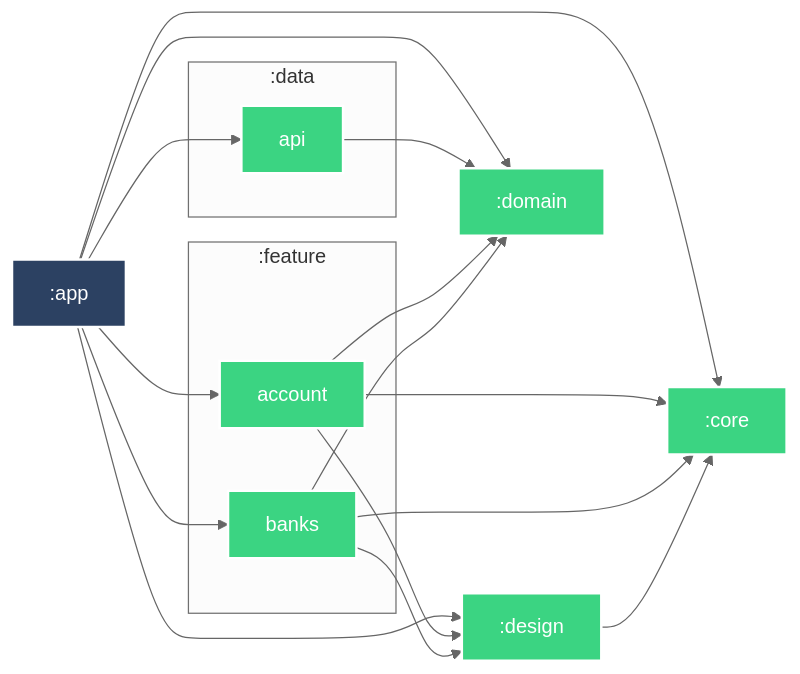
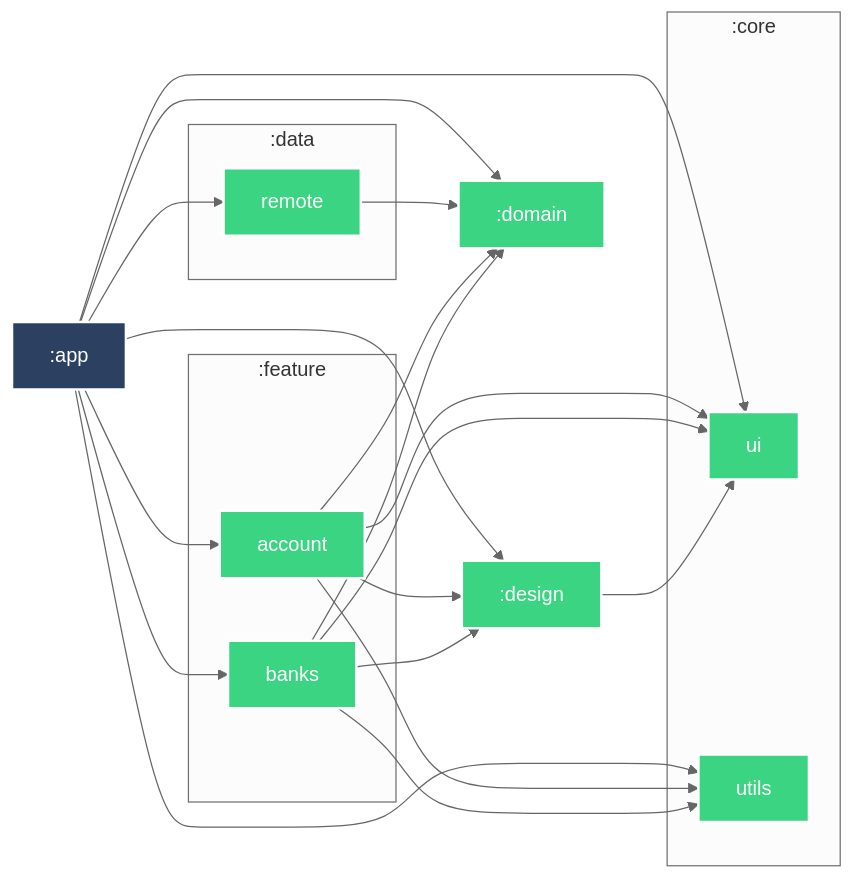
One commit to r4dixx/CATSikel changed the diagram in docs/README.md. Above: the diagram before and after it, drawn with Mermaid. The commit also changed 70 other files, not shown here.

````diff
--- a/docs/README.md
+++ b/docs/README.md
@@ -3,41 +3,49 @@
 ```mermaid
 %%{
   init: {
     'theme': 'neutral'
   }
 }%%
 
 graph LR
+  subgraph :core
+    :core:ui["ui"]
+    :core:utils["utils"]
+  end
   subgraph :data
-    :data:api["api"]
+    :data:remote["remote"]
   end
   subgraph :feature
     :feature:banks["banks"]
     :feature:account["account"]
   end
-  :design --> :core
-  :feature:banks --> :core
+  :design --> :core:ui
+  :feature:banks --> :core:ui
+  :feature:banks --> :core:utils
   :feature:banks --> :design
   :feature:banks --> :domain
-  :feature:account --> :core
+  :feature:account --> :core:ui
+  :feature:account --> :core:utils
   :feature:account --> :design
   :feature:account --> :domain
-  :data:api --> :domain
-  :app --> :core
-  :app --> :data:api
+  :data:remote --> :domain
+  :app --> :core:ui
+  :app --> :core:utils
+  :app --> :data:remote
   :app --> :design
   :app --> :domain
   :app --> :feature:account
   :app --> :feature:banks
 
 classDef android-library fill:#3BD482,stroke:#fff,stroke-width:2px,color:#fff;
 classDef android-application fill:#2C4162,stroke:#fff,stroke-width:2px,color:#fff;
 class :design android-library
-class :core android-library
+class :core:ui android-library
 class :feature:banks android-library
+class :core:utils android-library
 class :domain android-library
 class :feature:account android-library
-class :data:api android-library
+class :data:remote android-library
 class :app android-application
 
 ```
````
